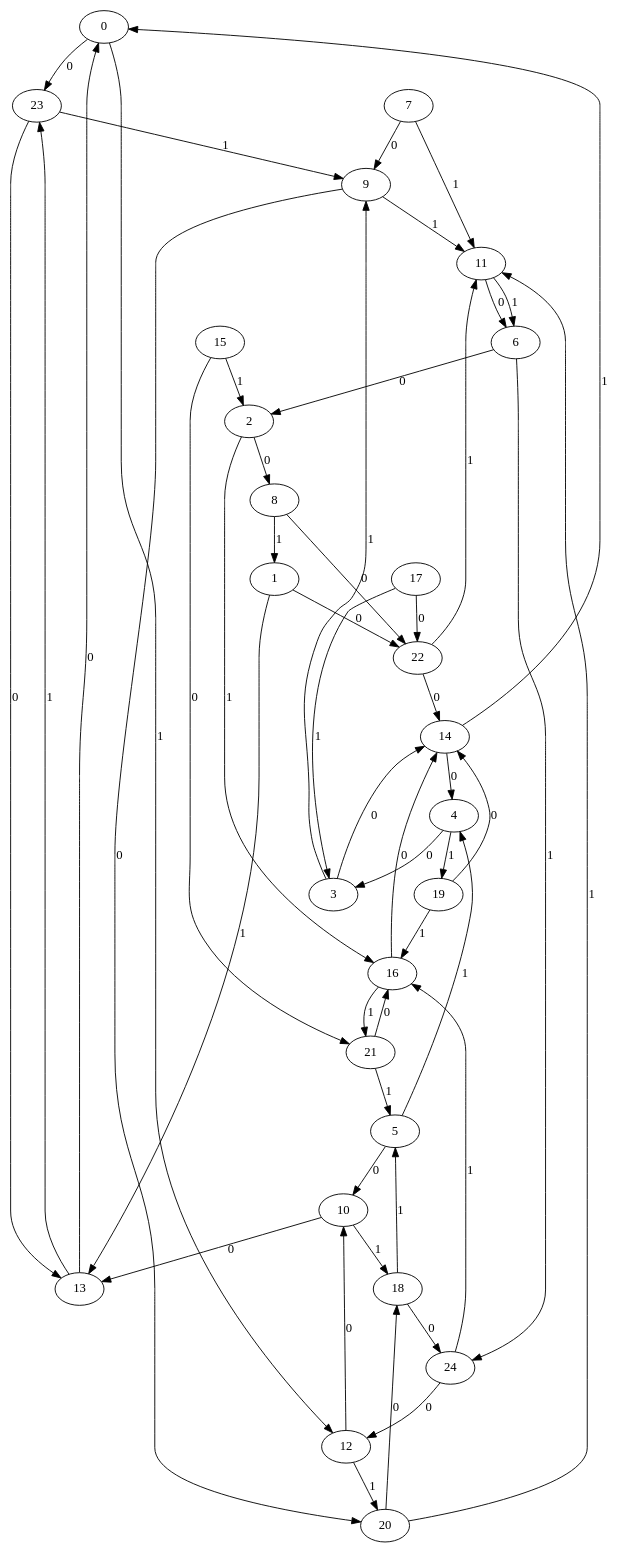
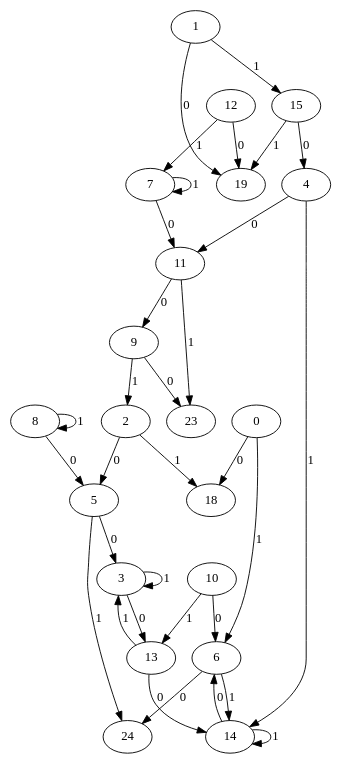
One commit to PC53/Honors-Project-ARRIVAL-Graphs changed the diagram in arrival.gv. Above: the diagram before and after it, drawn with Graphviz. The commit also changed 4 other files, not shown here.

```diff
--- a/arrival.gv
+++ b/arrival.gv
@@ -1,52 +1,34 @@
 digraph G {
-	0 -> 23 [label=0]
-	0 -> 12 [label=1]
-	1 -> 22 [label=0]
-	1 -> 13 [label=1]
-	2 -> 8 [label=0]
-	2 -> 16 [label=1]
-	3 -> 14 [label=0]
-	3 -> 9 [label=1]
-	4 -> 3 [label=0]
-	4 -> 19 [label=1]
-	5 -> 10 [label=0]
-	5 -> 4 [label=1]
-	6 -> 2 [label=0]
-	6 -> 24 [label=1]
-	7 -> 9 [label=0]
-	7 -> 11 [label=1]
-	8 -> 22 [label=0]
-	8 -> 1 [label=1]
-	9 -> 20 [label=0]
-	9 -> 11 [label=1]
-	10 -> 13 [label=0]
-	10 -> 18 [label=1]
-	11 -> 6 [label=0]
-	11 -> 6 [label=1]
-	12 -> 10 [label=0]
-	12 -> 20 [label=1]
-	13 -> 0 [label=0]
-	13 -> 23 [label=1]
-	14 -> 4 [label=0]
-	14 -> 0 [label=1]
-	15 -> 21 [label=0]
-	15 -> 2 [label=1]
-	16 -> 14 [label=0]
-	16 -> 21 [label=1]
-	17 -> 22 [label=0]
-	17 -> 3 [label=1]
-	18 -> 24 [label=0]
-	18 -> 5 [label=1]
-	19 -> 14 [label=0]
-	19 -> 16 [label=1]
-	20 -> 18 [label=0]
-	20 -> 11 [label=1]
-	21 -> 16 [label=0]
-	21 -> 5 [label=1]
-	22 -> 14 [label=0]
-	22 -> 11 [label=1]
-	23 -> 13 [label=0]
-	23 -> 9 [label=1]
-	24 -> 12 [label=0]
-	24 -> 16 [label=1]
+	0 -> 18 [label=0]
+	0 -> 6 [label=1]
+	1 -> 19 [label=0]
+	1 -> 15 [label=1]
+	2 -> 5 [label=0]
+	2 -> 18 [label=1]
+	3 -> 13 [label=0]
+	3 -> 3 [label=1]
+	4 -> 11 [label=0]
+	4 -> 14 [label=1]
+	5 -> 3 [label=0]
+	5 -> 24 [label=1]
+	6 -> 24 [label=0]
+	6 -> 14 [label=1]
+	7 -> 11 [label=0]
+	7 -> 7 [label=1]
+	8 -> 5 [label=0]
+	8 -> 8 [label=1]
+	9 -> 23 [label=0]
+	9 -> 2 [label=1]
+	10 -> 6 [label=0]
+	10 -> 13 [label=1]
+	11 -> 9 [label=0]
+	11 -> 23 [label=1]
+	12 -> 19 [label=0]
+	12 -> 7 [label=1]
+	13 -> 14 [label=0]
+	13 -> 3 [label=1]
+	14 -> 6 [label=0]
+	14 -> 14 [label=1]
+	15 -> 4 [label=0]
+	15 -> 19 [label=1]
 }
```
